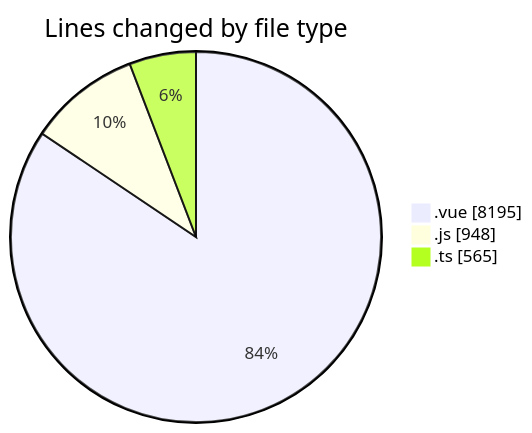
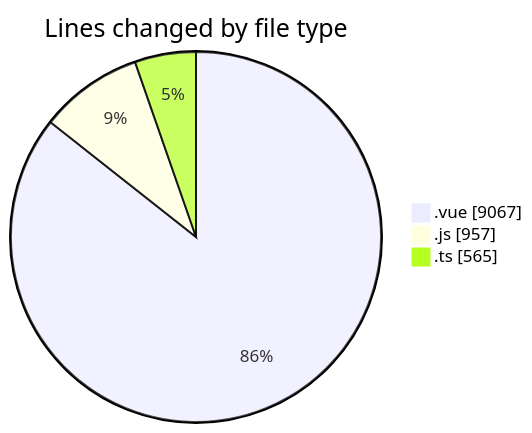
One commit to lephambinh05/code-tracking changed the first of 2 diagrams in 2025-08-13/rentotp/README.md. Above: the diagram before and after it, drawn with Mermaid. The commit also changed other lines of this file and 1 other file, not shown here.

````diff
--- a/2025-08-13/rentotp/README.md
+++ b/2025-08-13/rentotp/README.md
@@ -38,7 +40,7 @@
 ```mermaid
 pie showData
 title Lines changed by file type
-".vue" : 8195
-".js" : 948
+".vue" : 9067
+".js" : 957
 ".ts" : 565
 ```
````
